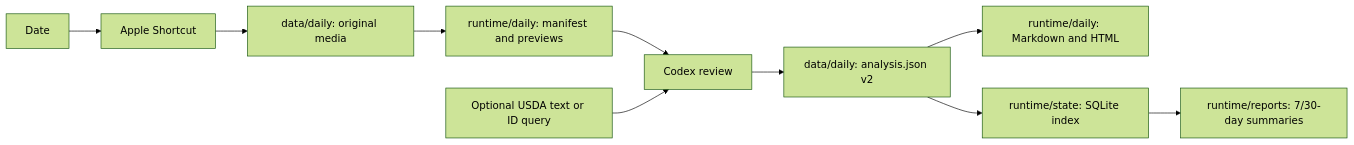
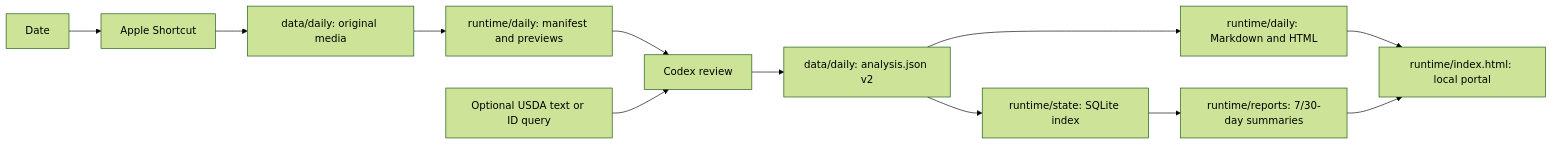
The diagram in docs/architecture.md (imathwy/health), drawn with Mermaid (forest theme) before and after one commit. The commit also changed other lines of this file and 9 other files, not shown here.

````diff
--- a/docs/architecture.md
+++ b/docs/architecture.md
@@ -22,12 +23,14 @@
 ```mermaid
 flowchart LR
     A[Date] --> B[Apple Shortcut]
     B --> C[data/daily: original media]
     C --> D[runtime/daily: manifest and previews]
     D --> E[Codex review]
     U[Optional USDA text or ID query] --> E
     E --> F[data/daily: analysis.json v2]
     F --> G[runtime/daily: Markdown and HTML]
     F --> H[runtime/state: SQLite index]
     H --> I[runtime/reports: 7/30-day summaries]
+    G --> J[runtime/index.html: local portal]
+    I --> J
 ```
````
